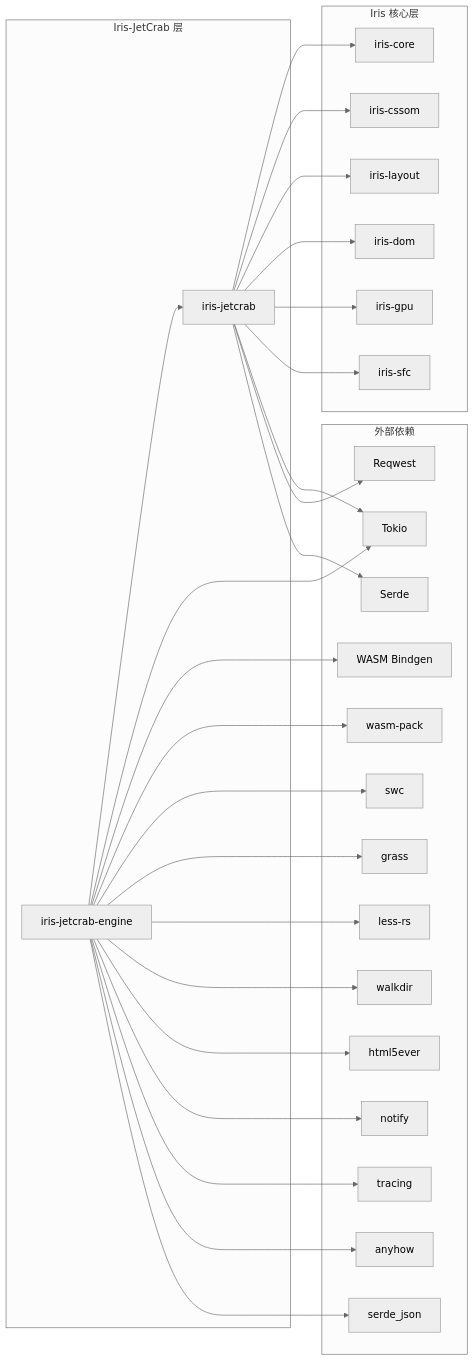
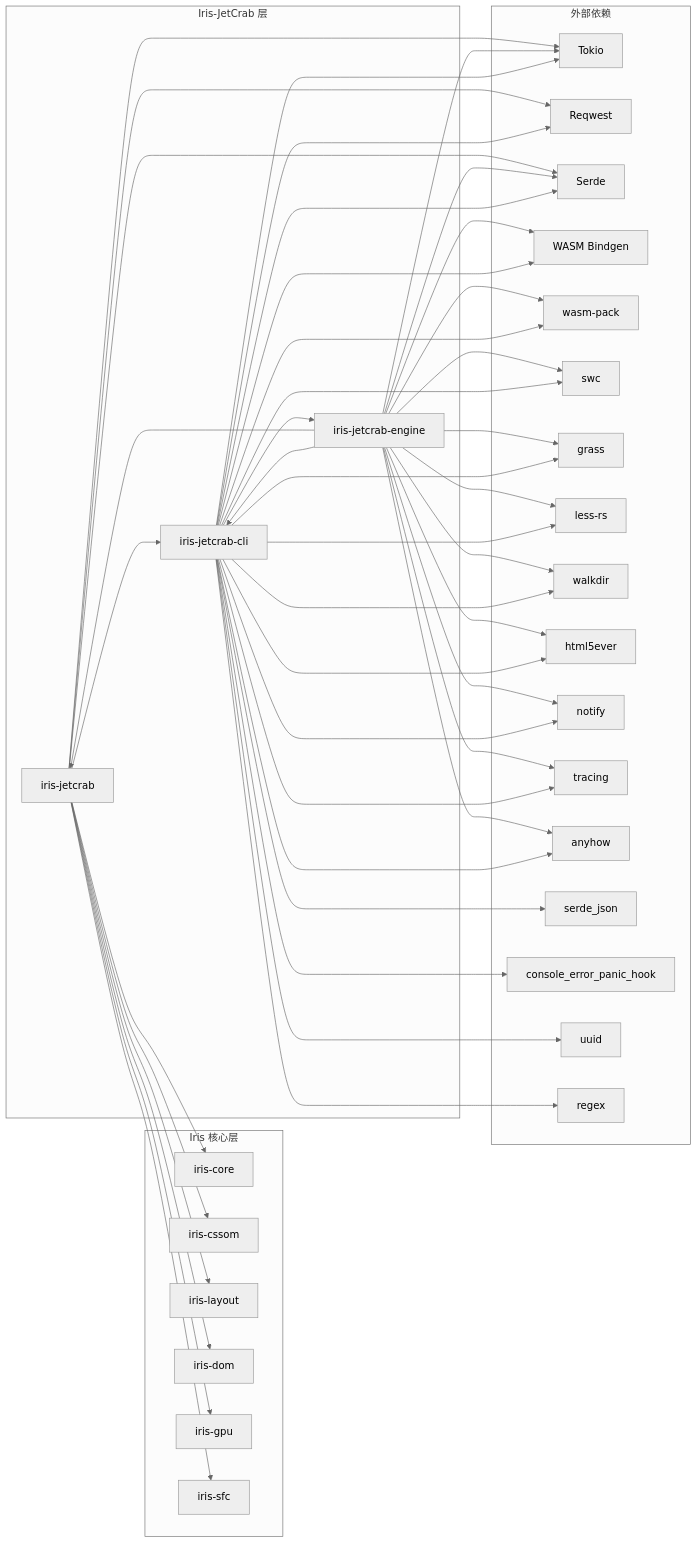
Before and after one commit to itszzl-sudo/iris: diagram 21 of 21 in .qoder/repowiki/zh/content/技术架构详解/JS沙箱运行时/Iris-JetCrab引擎/Iris-JetCrab引擎.md, drawn with Mermaid (neutral theme). The commit also changed other lines of this file and 887 other files, not shown here.

````diff
--- a/.qoder/repowiki/zh/content/技术架构详解/JS沙箱运行时/Iris-JetCrab引擎/Iris-JetCrab引擎.md
+++ b/.qoder/repowiki/zh/content/技术架构详解/JS沙箱运行时/Iris-JetCrab引擎/Iris-JetCrab引擎.md
@@ -743,53 +1055,77 @@
 ```mermaid
 graph LR
 subgraph "Iris 核心层"
 A[iris-core]
 B[iris-cssom]
 C[iris-layout]
 D[iris-dom]
 E[iris-gpu]
 F[iris-sfc]
 end
 subgraph "Iris-JetCrab 层"
 G[iris-jetcrab]
 H[iris-jetcrab-engine]
+I[iris-jetcrab-cli]
 end
 subgraph "外部依赖"
-I[Tokio]
-J[Reqwest]
-K[Serde]
-L[WASM Bindgen]
-M[wasm-pack]
-N[swc]
-O[grass]
-P[less-rs]
-Q[walkdir]
-R[html5ever]
-S[notify]
-T[tracing]
-U[anyhow]
-V[serde_json]
+J[Tokio]
+K[Reqwest]
+L[Serde]
+M[WASM Bindgen]
+N[wasm-pack]
+O[swc]
+P[grass]
+Q[less-rs]
+R[walkdir]
+S[html5ever]
+T[notify]
+U[tracing]
+V[anyhow]
+W[serde_json]
+X[console_error_panic_hook]
+Y[uuid]
+Z[regex]
 end
 G --> A
 G --> B
 G --> C
 G --> D
 G --> E
 G --> F
 G --> I
 G --> J
 G --> K
+G --> L
 H --> G
 H --> I
+H --> J
 H --> L
 H --> M
 H --> N
 H --> O
 H --> P
 H --> Q
 H --> R
 H --> S
 H --> T
 H --> U
 H --> V
+I --> H
+I --> J
+I --> K
+I --> L
+I --> M
+I --> N
+I --> O
+I --> P
+I --> Q
+I --> R
+I --> S
+I --> T
+I --> U
+I --> V
+I --> W
+I --> X
+I --> Y
+I --> Z
 ```
````
